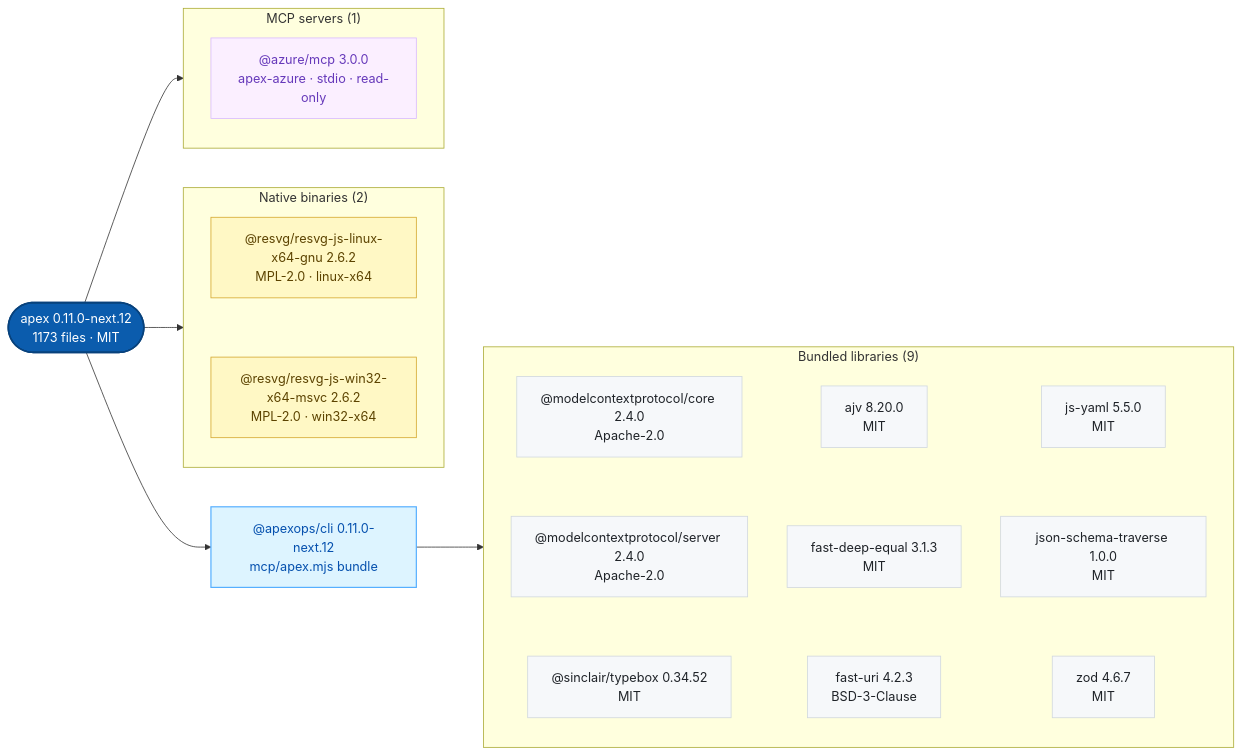
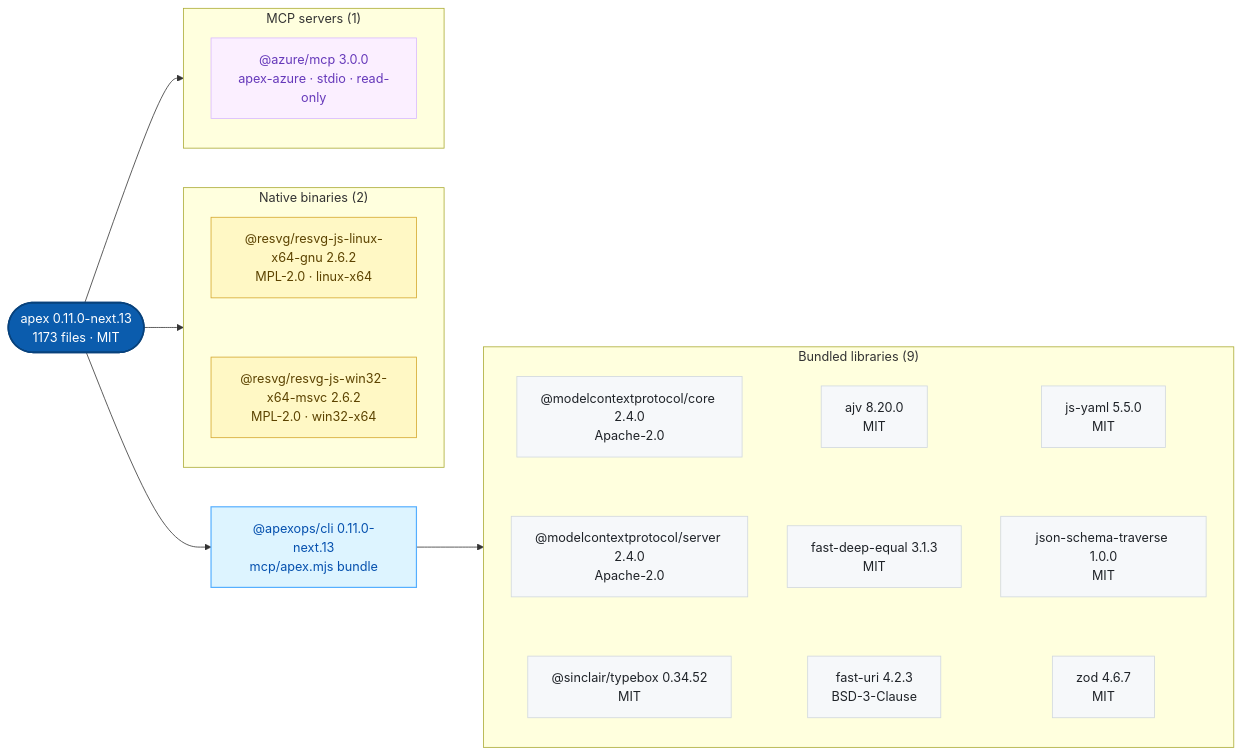
Before and after one commit to jonathan-vella/apex-plugins: the second of 2 diagrams in README.md, drawn with Mermaid. The commit also changed other lines of this file and 21 other files, not shown here.

First line of the commit message:
chore(release): publish apex 0.11.0-next.13 (#17)

````diff
--- a/README.md
+++ b/README.md
@@ -43,41 +43,41 @@
 ```mermaid
 flowchart LR
-    n0(["apex 0.11.0-next.12<br/>1173 files · MIT"])
-    n1["@apexops/cli 0.11.0-next.12<br/>mcp/apex.mjs bundle"]
+    n0(["apex 0.11.0-next.13<br/>1173 files · MIT"])
+    n1["@apexops/cli 0.11.0-next.13<br/>mcp/apex.mjs bundle"]
     subgraph g0["Bundled libraries (9)"]
       n2["@modelcontextprotocol/core 2.4.0<br/>Apache-2.0"]
       n3["@modelcontextprotocol/server 2.4.0<br/>Apache-2.0"]
       n4["@sinclair/typebox 0.34.52<br/>MIT"]
       n5["ajv 8.20.0<br/>MIT"]
       n6["fast-deep-equal 3.1.3<br/>MIT"]
       n7["fast-uri 4.2.3<br/>BSD-3-Clause"]
       n8["js-yaml 5.5.0<br/>MIT"]
       n9["json-schema-traverse 1.0.0<br/>MIT"]
       n10["zod 4.6.7<br/>MIT"]
       n2 ~~~ n3 ~~~ n4
       n5 ~~~ n6 ~~~ n7
       n8 ~~~ n9 ~~~ n10
     end
     subgraph g1["Native binaries (2)"]
       n11["@resvg/resvg-js-linux-x64-gnu 2.6.2<br/>MPL-2.0 · linux-x64"]
       n12["@resvg/resvg-js-win32-x64-msvc 2.6.2<br/>MPL-2.0 · win32-x64"]
       n11 ~~~ n12
     end
     subgraph g2["MCP servers (1)"]
       n13["@azure/mcp 3.0.0<br/>apex-azure · stdio · read-only"]
     end
     n0 --> n1
     n1 --> g0
     n0 --> g1
     n0 --> g2
     classDef plugin fill:#0b5cad,color:#ffffff,stroke:#08427c,stroke-width:2px
     classDef cli fill:#ddf4ff,color:#0550ae,stroke:#54aeff,stroke-width:1.5px
     classDef lib fill:#f6f8fa,color:#1f2328,stroke:#d0d7de
     classDef native fill:#fff8c5,color:#5c4300,stroke:#d4a72c
     classDef service fill:#fbefff,color:#6639ba,stroke:#d8b9ff
     class n0 plugin
     class n1 cli
     class n2,n3,n4,n5,n6,n7,n8,n9,n10 lib
     class n11,n12 native
     class n13 service
 ```
````
